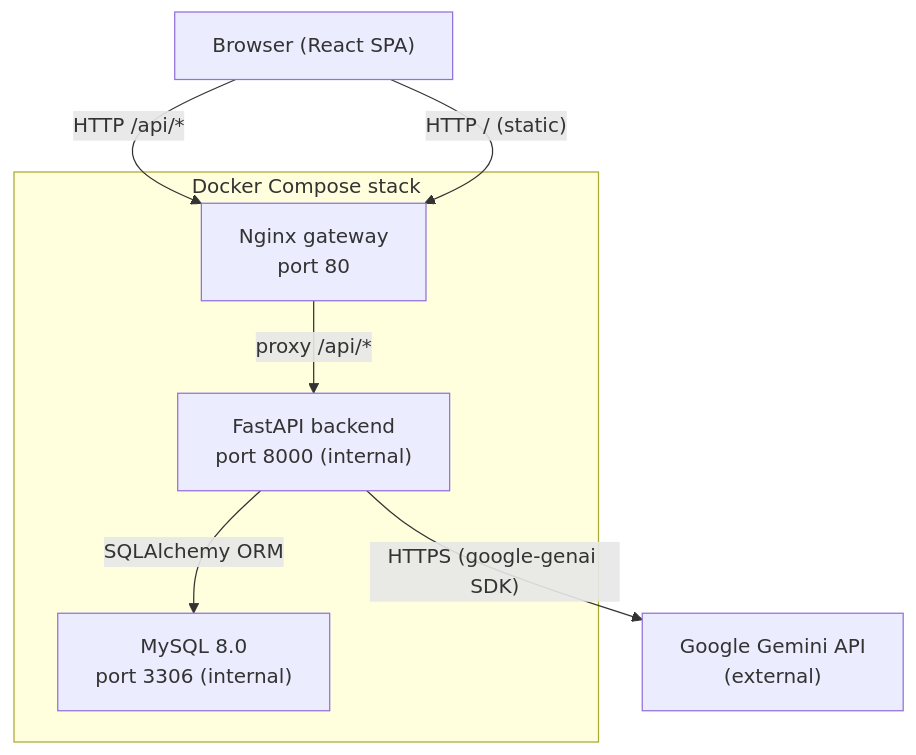
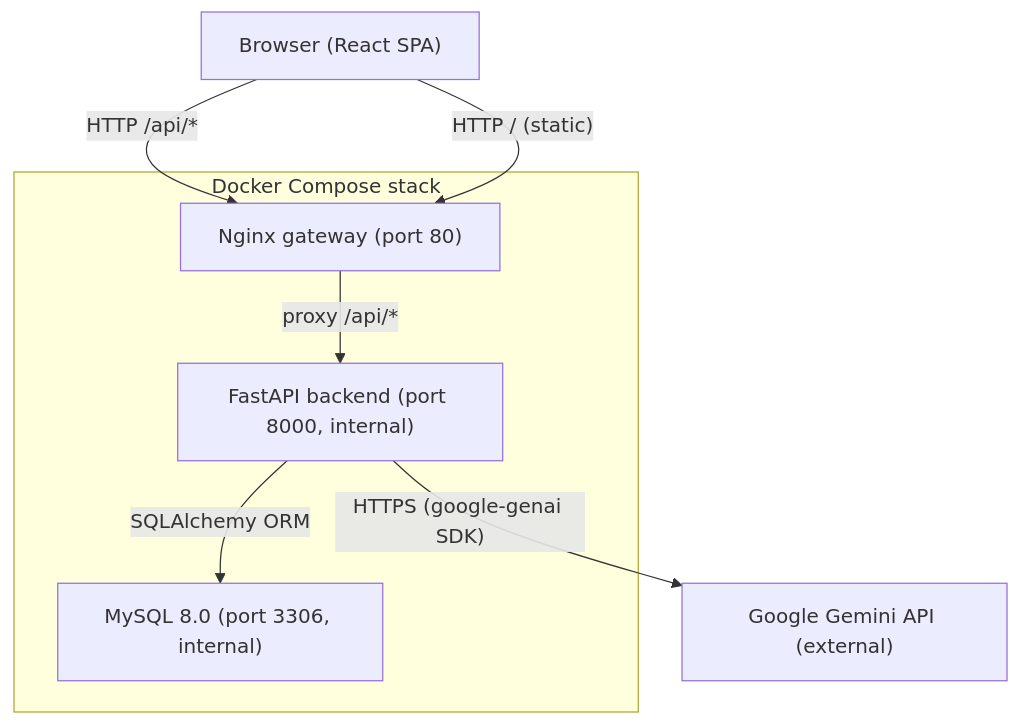
Before and after one commit to anikod25/AEGIS: the diagram in README.md, drawn with Mermaid.

Commit message:
docs: fix Mermaid node label newlines breaking diagram render

````diff
--- a/README.md
+++ b/README.md
@@ -98,18 +98,18 @@
 ```mermaid
 graph TD
     Browser["Browser (React SPA)"]
 
     subgraph Docker["Docker Compose stack"]
-        Gateway["Nginx gateway\nport 80"]
-        Backend["FastAPI backend\nport 8000 (internal)"]
-        DB["MySQL 8.0\nport 3306 (internal)"]
+        Gateway["Nginx gateway (port 80)"]
+        Backend["FastAPI backend (port 8000, internal)"]
+        DB["MySQL 8.0 (port 3306, internal)"]
     end
 
-    Gemini["Google Gemini API\n(external)"]
+    Gemini["Google Gemini API (external)"]
 
     Browser -->|"HTTP /api/*"| Gateway
     Browser -->|"HTTP / (static)"| Gateway
     Gateway -->|"proxy /api/*"| Backend
     Backend -->|SQLAlchemy ORM| DB
     Backend -->|"HTTPS (google-genai SDK)"| Gemini
 ```
````
